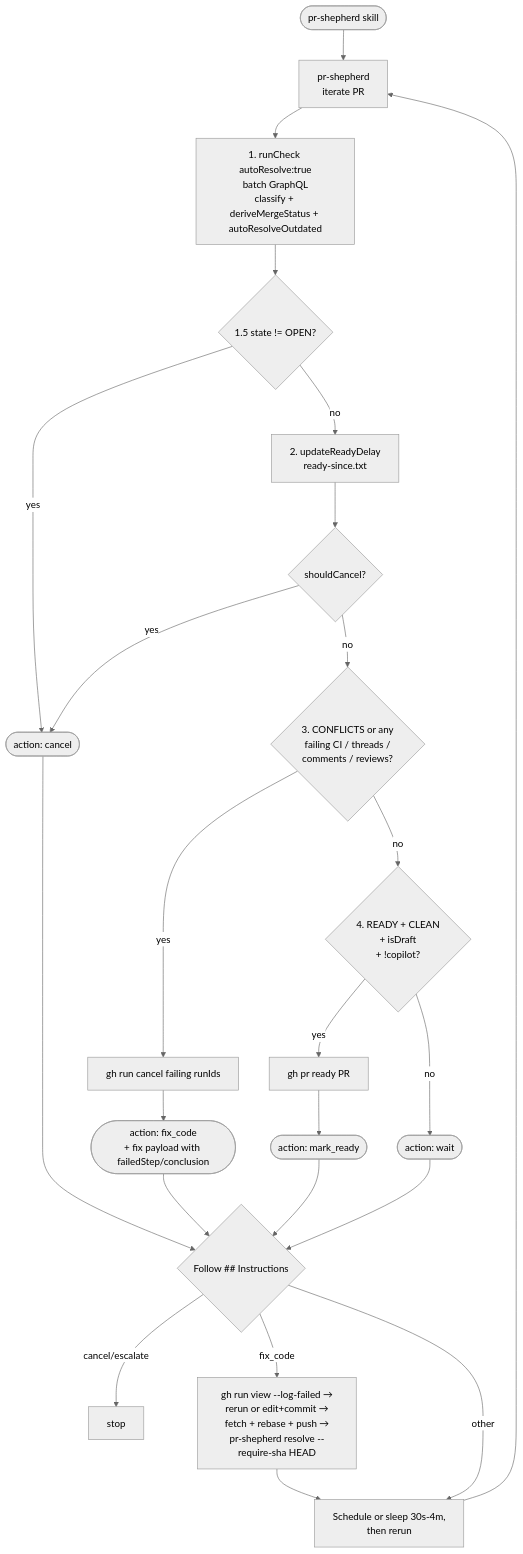
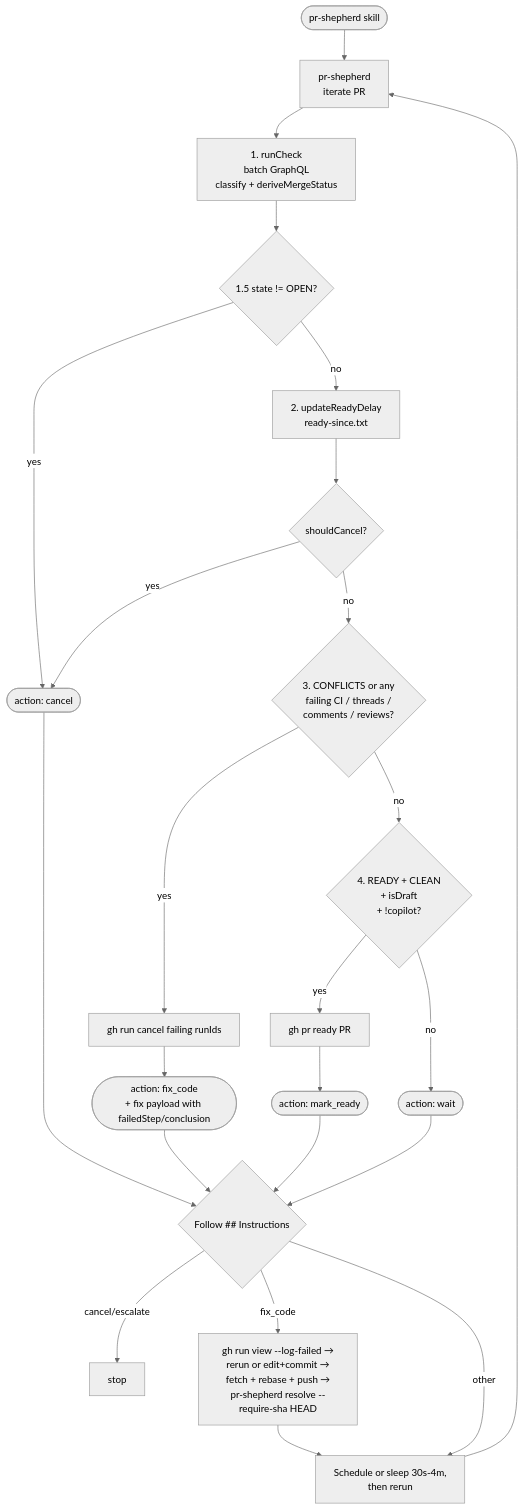
Before and after one commit to jonathanong/pr-shepherd: the diagram in docs/flow.md, drawn with Mermaid (neutral theme). The commit also changed 131 other files, not shown here.

````diff
--- a/docs/flow.md
+++ b/docs/flow.md
@@ -3,30 +3,30 @@
 ```mermaid
 flowchart TD
   U(["pr-shepherd skill"]) --> ITER[pr-shepherd<br/>iterate PR]
 
-  ITER --> S1[1. runCheck autoResolve:true<br/>batch GraphQL<br/>classify + deriveMergeStatus + autoResolveOutdated]
+  ITER --> S1[1. runCheck<br/>batch GraphQL<br/>classify + deriveMergeStatus]
 
   S1 --> S15{1.5 state != OPEN?}
   S15 -->|yes| A_CAN([action: cancel])
   S15 -->|no| S2[2. updateReadyDelay<br/>ready-since.txt]
   S2 --> S2C{shouldCancel?}
   S2C -->|yes| A_CAN
   S2C -->|no| S3{3. CONFLICTS or any<br/>failing CI / threads /<br/>comments / reviews?}
   S3 -->|yes| S3X[gh run cancel failing runIds]
   S3X --> A_FIX([action: fix_code<br/>+ fix payload with failedStep/conclusion])
   S3 -->|no| S4{4. READY + CLEAN<br/>+ isDraft<br/>+ !copilot?}
   S4 -->|yes| S4X[gh pr ready PR]
   S4X --> A_MR([action: mark_ready])
   S4 -->|no| A_W([action: wait])
 
   A_CAN --> DEC{Follow ## Instructions}
   A_FIX --> DEC
   A_MR --> DEC
   A_W --> DEC
 
   DEC -->|cancel/escalate| STOP["stop"]
   DEC -->|fix_code| FIX[gh run view --log-failed →<br/>rerun or edit+commit →<br/>fetch + rebase + push →<br/>pr-shepherd resolve --require-sha HEAD]
   FIX --> SLEEP[Schedule or sleep 30s-4m,<br/>then rerun]
   DEC -->|other| SLEEP
   SLEEP --> ITER
 ```
````
